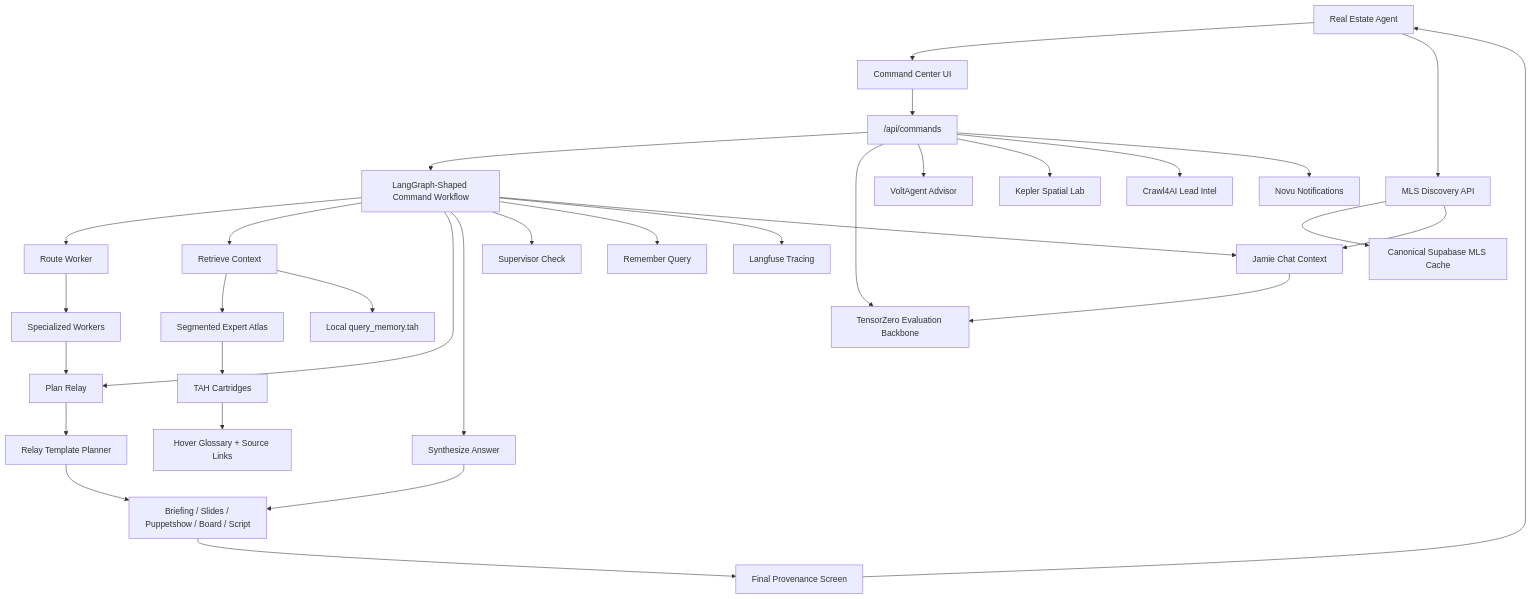
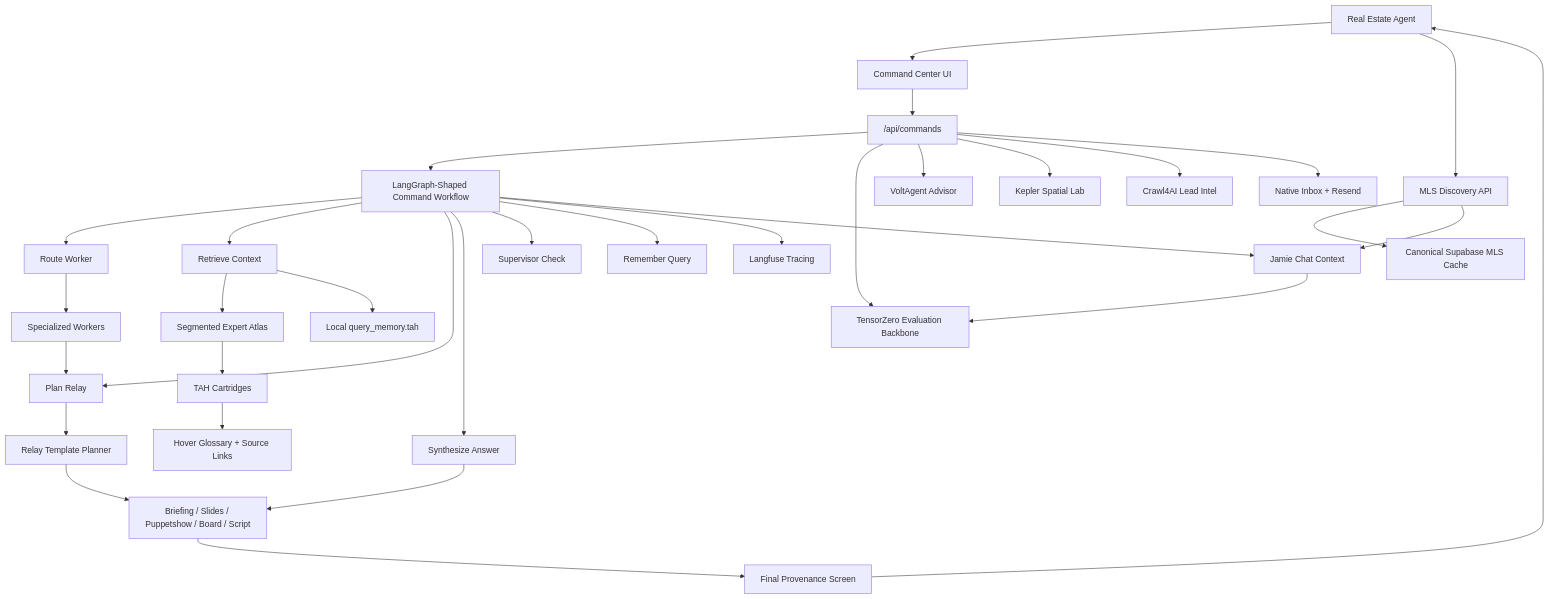
Before and after one commit to tahsrz/sunset-pulse: the first of 2 diagrams in README.md, drawn with Mermaid. The commit also changed other lines of this file and 41 other files, not shown here.

````diff
--- a/README.md
+++ b/README.md
@@ -108,34 +137,34 @@
 ```mermaid
 flowchart TD
   Agent["Real Estate Agent"] --> UI["Command Center UI"]
   UI --> API["/api/commands"]
   API --> Graph["LangGraph-Shaped Command Workflow"]
   Graph --> Route["Route Worker"]
   Graph --> Retrieve["Retrieve Context"]
   Graph --> Plan["Plan Relay"]
   Graph --> Synthesize["Synthesize Answer"]
   Graph --> Supervise["Supervisor Check"]
   Graph --> Remember["Remember Query"]
   Graph --> Observe["Langfuse Tracing"]
   API --> TZero["TensorZero Evaluation Backbone"]
   API --> Volt["VoltAgent Advisor"]
   API --> Kepler["Kepler Spatial Lab"]
   Route --> Workers["Specialized Workers"]
   Retrieve --> Atlas["Segmented Expert Atlas"]
   Retrieve --> Memory["Local query_memory.tah"]
   Graph --> Jamie["Jamie Chat Context"]
   Jamie --> TZero
   API --> Crawl4AI["Crawl4AI Lead Intel"]
-  API --> Novu["Novu Notifications"]
+  API --> Notify["Native Inbox + Resend"]
   Agent --> Discovery["MLS Discovery API"]
   Discovery --> Listings["Canonical Supabase MLS Cache"]
   Discovery --> Jamie
   Atlas --> TAH["TAH Cartridges"]
   TAH --> Glossary["Hover Glossary + Source Links"]
   Workers --> Plan
   Plan --> Relay["Relay Template Planner"]
   Synthesize --> Output["Briefing / Slides / Puppetshow / Board / Script"]
   Relay --> Output
   Output --> Final["Final Provenance Screen"]
   Final --> Agent
 ```
````
